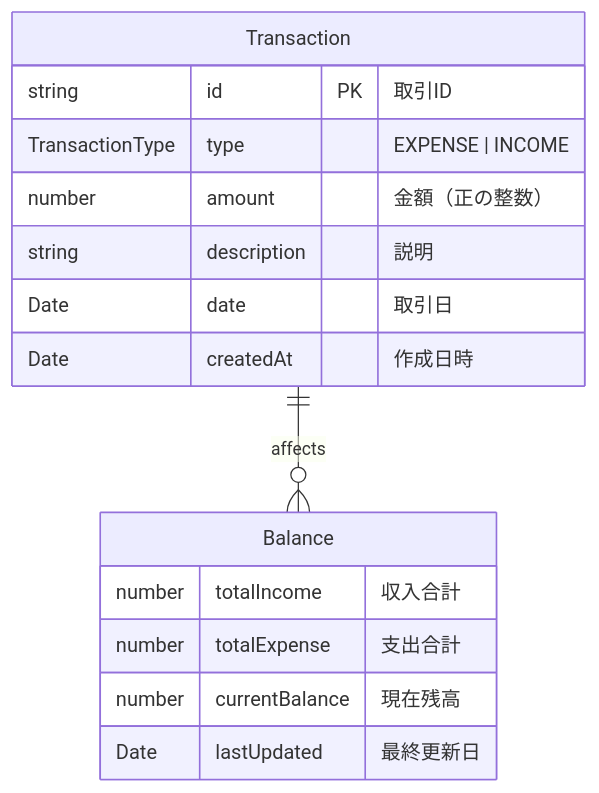
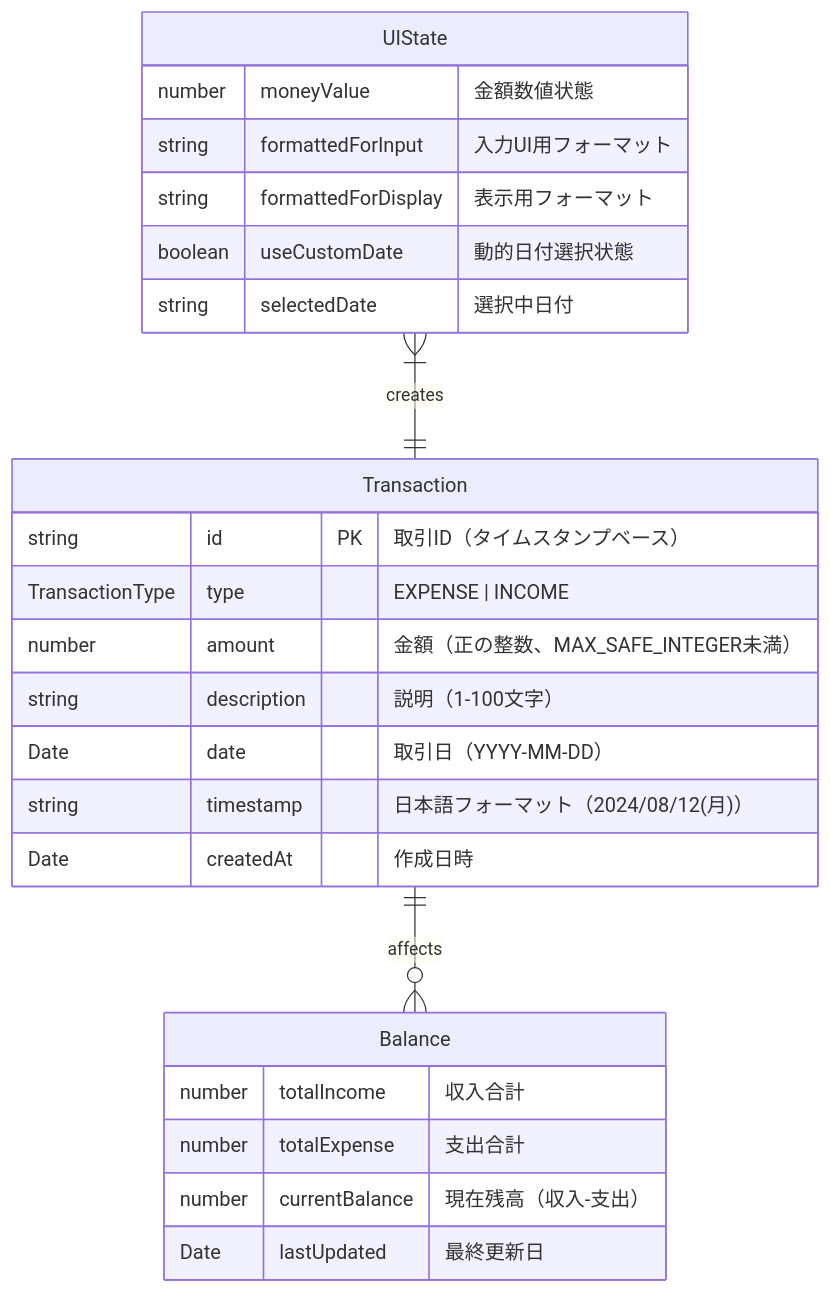
One commit to teruyoshi/family-budget-app changed the diagram in frontend/docs-src/glossary.md. Above: the diagram before and after it, drawn with Mermaid. The commit also changed other lines of this file and 11 other files, not shown here.

````diff
--- a/frontend/docs-src/glossary.md
+++ b/frontend/docs-src/glossary.md
@@ -26,20 +37,30 @@
 ```mermaid
 erDiagram
     Transaction {
-        string id PK "取引ID"
+        string id PK "取引ID（タイムスタンプベース）"
         TransactionType type "EXPENSE | INCOME"
-        number amount "金額（正の整数）"
-        string description "説明"
-        Date date "取引日"
+        number amount "金額（正の整数、MAX_SAFE_INTEGER未満）"
+        string description "説明（1-100文字）"
+        Date date "取引日（YYYY-MM-DD）"
+        string timestamp "日本語フォーマット（2024/08/12(月)）"
         Date createdAt "作成日時"
     }
     
     Balance {
         number totalIncome "収入合計"
         number totalExpense "支出合計"
-        number currentBalance "現在残高"
+        number currentBalance "現在残高（収入-支出）"
         Date lastUpdated "最終更新日"
     }
     
+    UIState {
+        number moneyValue "金額数値状態"
+        string formattedForInput "入力UI用フォーマット"
+        string formattedForDisplay "表示用フォーマット"
+        boolean useCustomDate "動的日付選択状態"
+        string selectedDate "選択中日付"
+    }
+    
     Transaction ||--o{ Balance : "affects"
+    UIState }|--|| Transaction : "creates"
 ```
````
